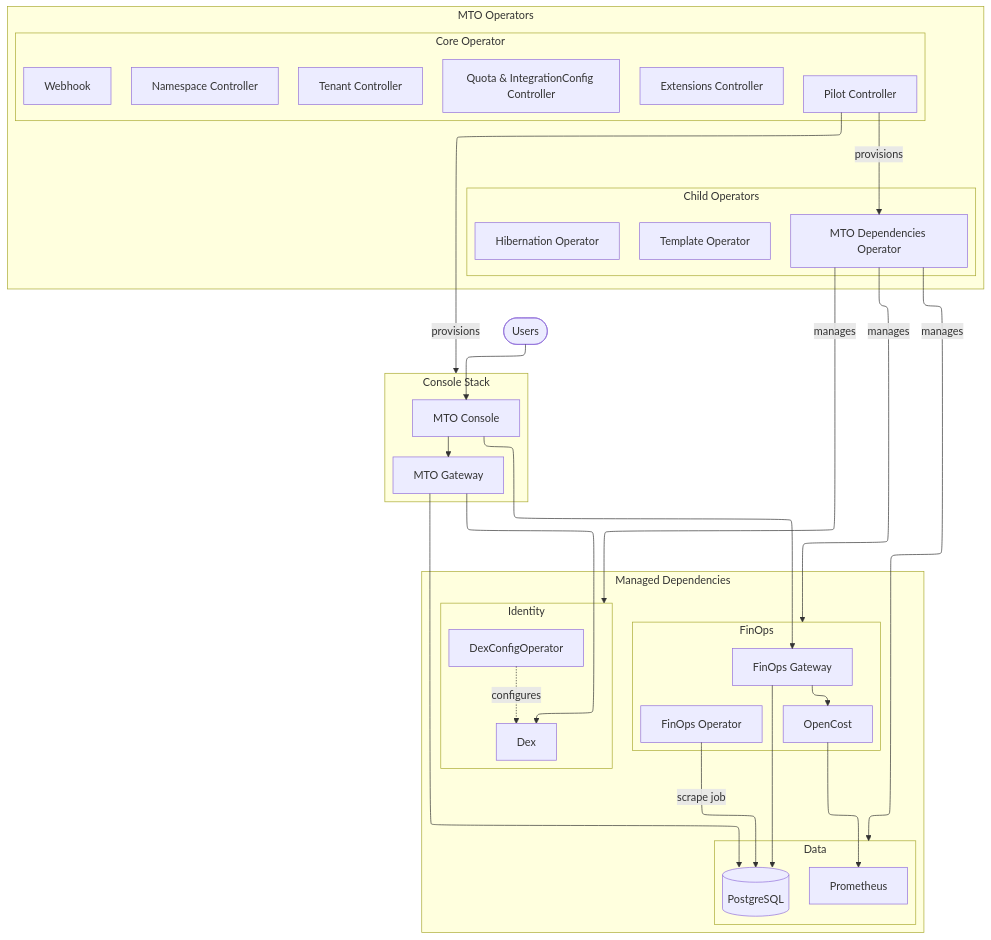
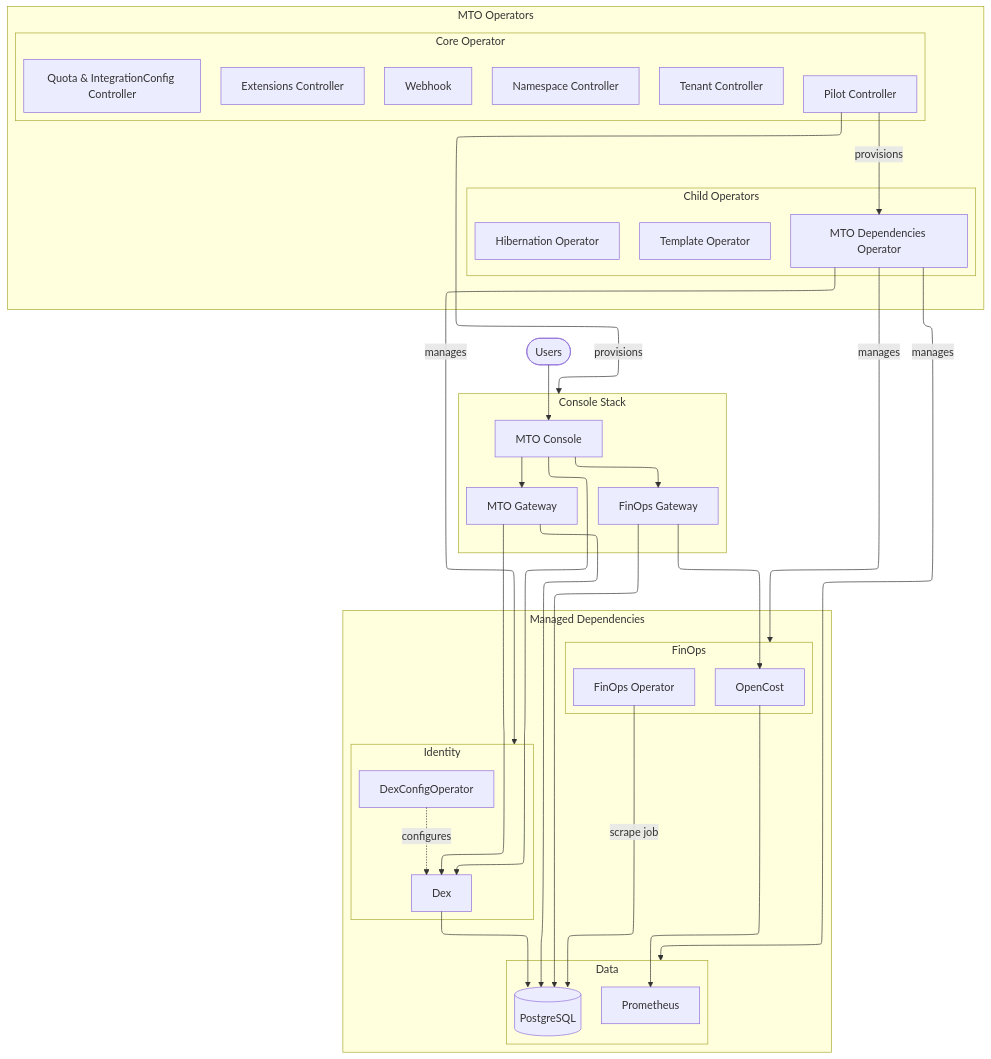
Before and after one commit to stakater/mto-docs: the diagram in content/architecture/architecture.md, drawn with Mermaid.

````diff
--- a/content/architecture/architecture.md
+++ b/content/architecture/architecture.md
@@ -9,70 +9,72 @@
 ```mermaid
 ---
 config:
   layout: elk
   theme: default
 ---
 flowchart TB
     Users(["Users"])
 
     subgraph Operators["MTO Operators"]
         direction LR
         subgraph CoreOp["Core Operator"]
             direction TB
             TC["Tenant Controller"]
             NC["Namespace Controller"]
             EC["Extensions Controller"]
             QIC["Quota & IntegrationConfig Controller"]
             PC["Pilot Controller"]
             WH["Webhook"]
         end
         subgraph ChildOps["Child Operators"]
             direction TB
             TmplOp["Template Operator"]
             HibOp["Hibernation Operator"]
             DepsOp["MTO Dependencies Operator"]
         end
     end
 
     subgraph ConsoleStack["Console Stack"]
         direction LR
         MC["MTO Console"]
         MG["MTO Gateway"]
+        FG["FinOps Gateway"]
     end
 
     subgraph Managed["Managed Dependencies"]
         direction TB
         subgraph Identity["Identity"]
             direction LR
             DX["Dex"]
             DCO["DexConfigOperator"]
         end
         subgraph FinOps["FinOps"]
             direction LR
             FO["FinOps Operator"]
-            FG["FinOps Gateway"]
             OC["OpenCost"]
         end
         subgraph Data["Data"]
             direction LR
             PG[("PostgreSQL")]
             PR["Prometheus"]
         end
     end
 
     Users --> MC
     PC -- provisions --> ConsoleStack
     PC -- provisions --> DepsOp
     DepsOp -- manages --> Identity
     DepsOp -- manages --> FinOps
     DepsOp -- manages --> Data
     MC --> MG
     MC --> FG
+    MC --> DX
     MG --> PG
     MG --> DX
     FG --> OC
     FG --> PG
     OC --> PR
     FO -- scrape job --> PG
+    DX --> PG
     DCO -. configures .-> DX
 ```
````
